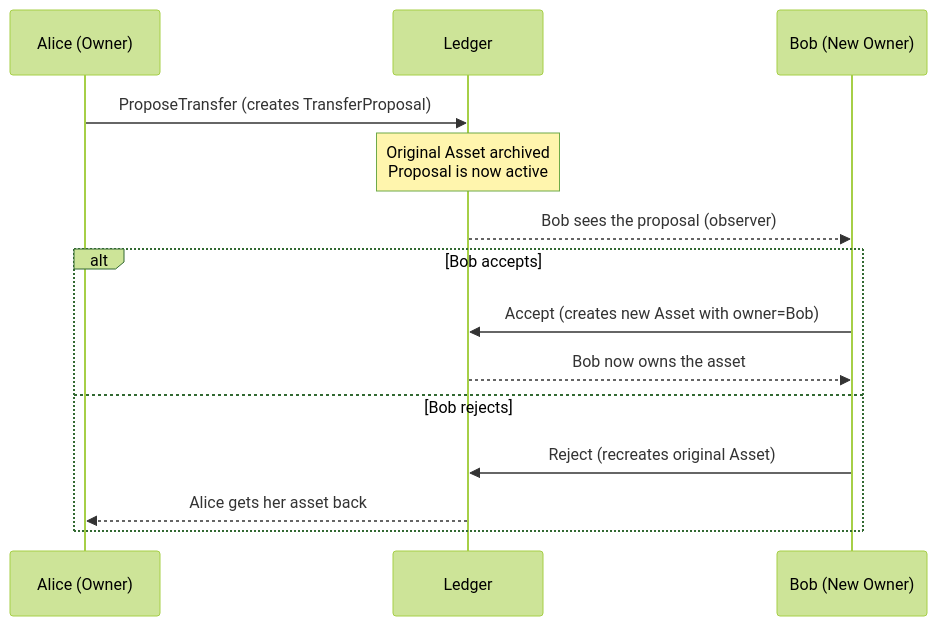
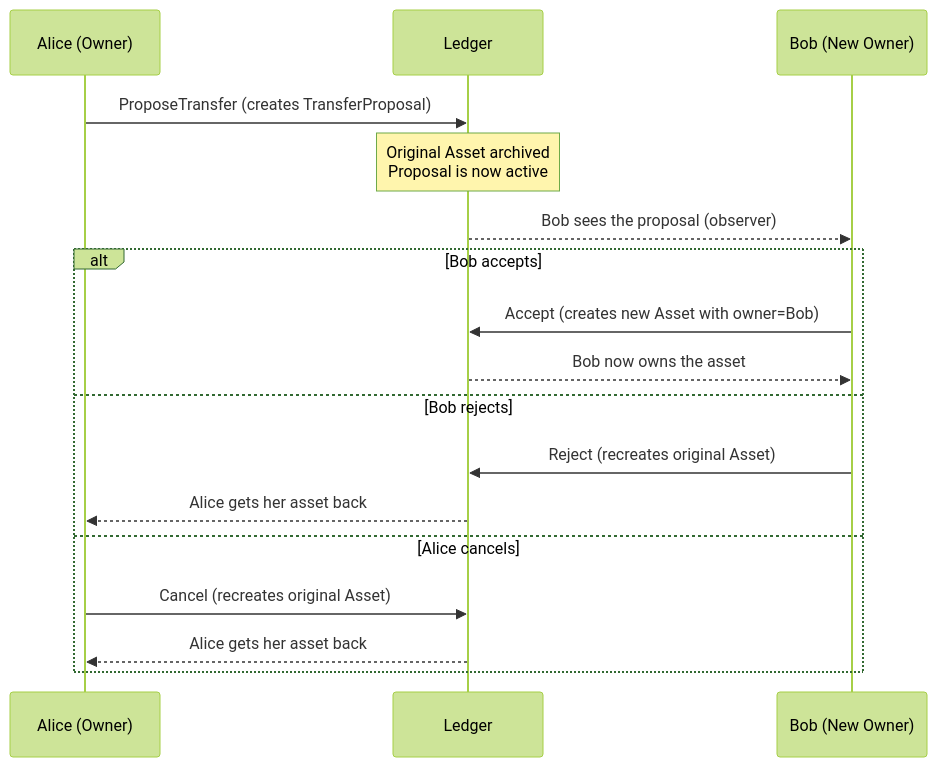
One commit to crisog/daml changed the first of 2 diagrams in docs/content/docs/daml/multi-party-workflows.mdx. Above: the diagram before and after it, drawn with Mermaid (forest theme). The commit also changed other lines of this file and 3 other files, not shown here.

````diff
--- a/docs/content/docs/daml/multi-party-workflows.mdx
+++ b/docs/content/docs/daml/multi-party-workflows.mdx
@@ -38,17 +38,20 @@
 ```mermaid
 sequenceDiagram
     participant A as Alice (Owner)
     participant L as Ledger
     participant B as Bob (New Owner)
 
     A->>L: ProposeTransfer (creates TransferProposal)
     Note over L: Original Asset archived<br/>Proposal is now active
     L-->>B: Bob sees the proposal (observer)
     alt Bob accepts
         B->>L: Accept (creates new Asset with owner=Bob)
         L-->>B: Bob now owns the asset
     else Bob rejects
         B->>L: Reject (recreates original Asset)
         L-->>A: Alice gets her asset back
+    else Alice cancels
+        A->>L: Cancel (recreates original Asset)
+        L-->>A: Alice gets her asset back
     end
 ```
````
